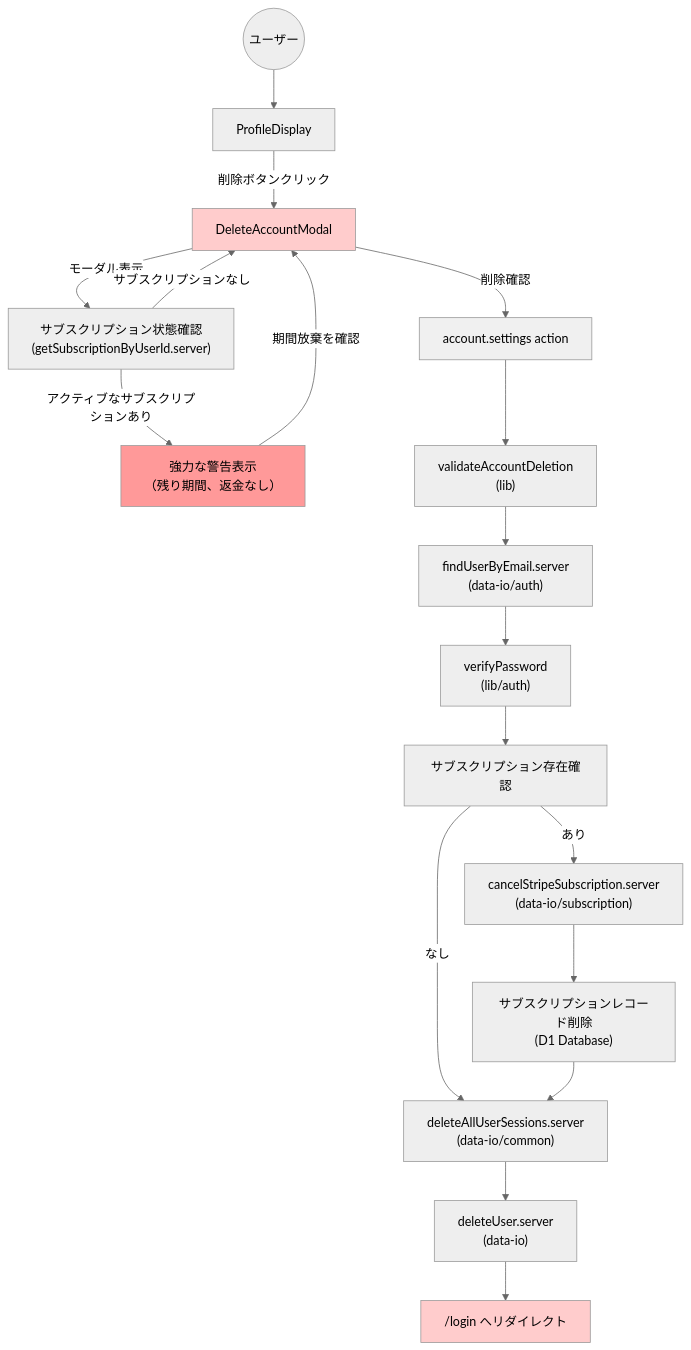
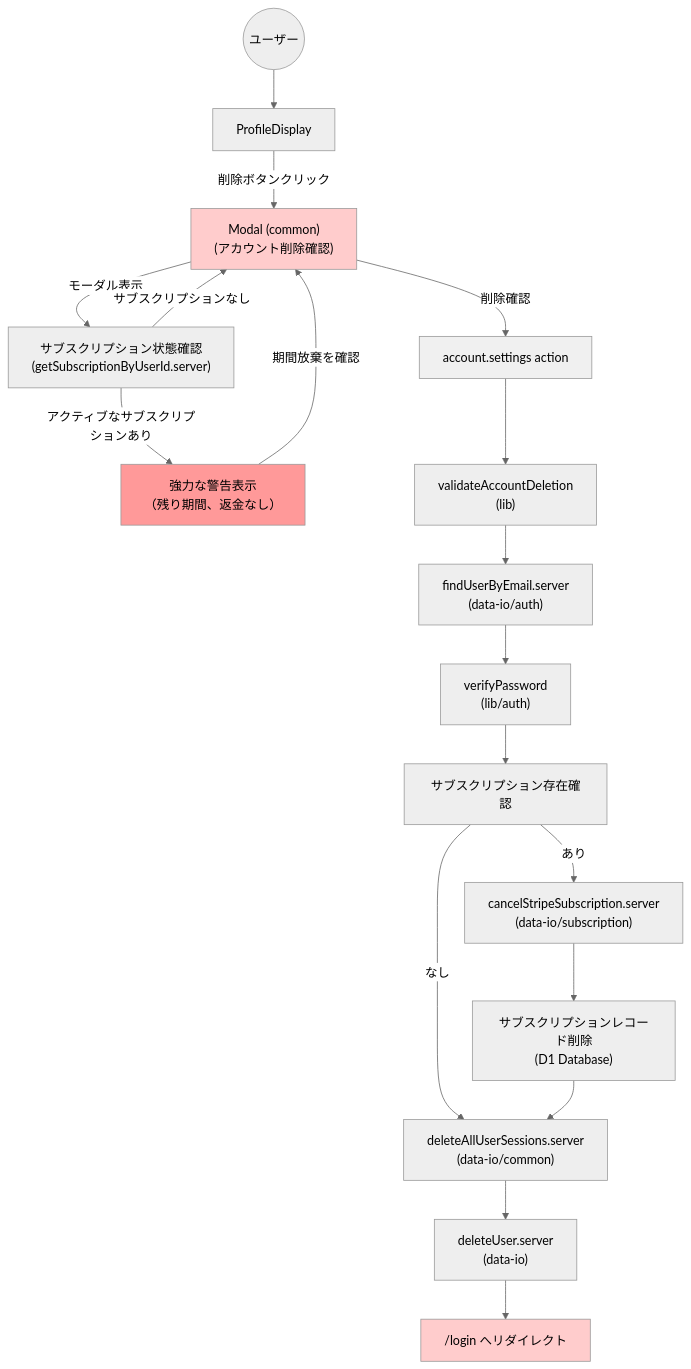
The third of 7 diagrams in develop/account/profile/data-flow-diagram.md (tezuka-Akihiro/ClaudeMix), drawn with Mermaid (neutral theme) before and after one commit. The commit also changed other lines of this file and 1 other file, not shown here.

First line of the commit message:
Update data-flow-diagram.md to reflect common Modal/Badge design

````diff
--- a/develop/account/profile/data-flow-diagram.md
+++ b/develop/account/profile/data-flow-diagram.md
@@ -56,28 +56,28 @@
 ```mermaid
 graph TD
     User((ユーザー)) --> ProfileDisplay["ProfileDisplay"]
-    ProfileDisplay -- "削除ボタンクリック" --> DeleteModal["DeleteAccountModal"]
+    ProfileDisplay -- "削除ボタンクリック" --> DeleteModal["Modal (common)<br/>(アカウント削除確認)"]
     DeleteModal -- "モーダル表示" --> CheckSub["サブスクリプション状態確認<br/>(getSubscriptionByUserId.server)"]
 
     CheckSub -- "アクティブなサブスクリプションあり" --> ShowWarning["強力な警告表示<br/>（残り期間、返金なし）"]
     CheckSub -- "サブスクリプションなし" --> DeleteModal
     ShowWarning -- "期間放棄を確認" --> DeleteModal
 
     DeleteModal -- "削除確認" --> Action["account.settings action"]
 
     Action --> Validate["validateAccountDeletion<br/>(lib)"]
     Validate --> FindUser["findUserByEmail.server<br/>(data-io/auth)"]
     FindUser --> VerifyPwd["verifyPassword<br/>(lib/auth)"]
     VerifyPwd --> CheckSubAgain["サブスクリプション存在確認"]
     CheckSubAgain -- "あり" --> CancelStripe["cancelStripeSubscription.server<br/>(data-io/subscription)"]
     CancelStripe --> DeleteSubRecord["サブスクリプションレコード削除<br/>(D1 Database)"]
     CheckSubAgain -- "なし" --> DeleteSessions["deleteAllUserSessions.server<br/>(data-io/common)"]
     DeleteSubRecord --> DeleteSessions
     DeleteSessions --> DeleteUser["deleteUser.server<br/>(data-io)"]
     DeleteUser --> Redirect["/login へリダイレクト"]
 
     style DeleteModal fill:#ffcccc
     style ShowWarning fill:#ff9999
     style Action fill:#f0f0f0
     style Redirect fill:#ffcccc
 ```
````
